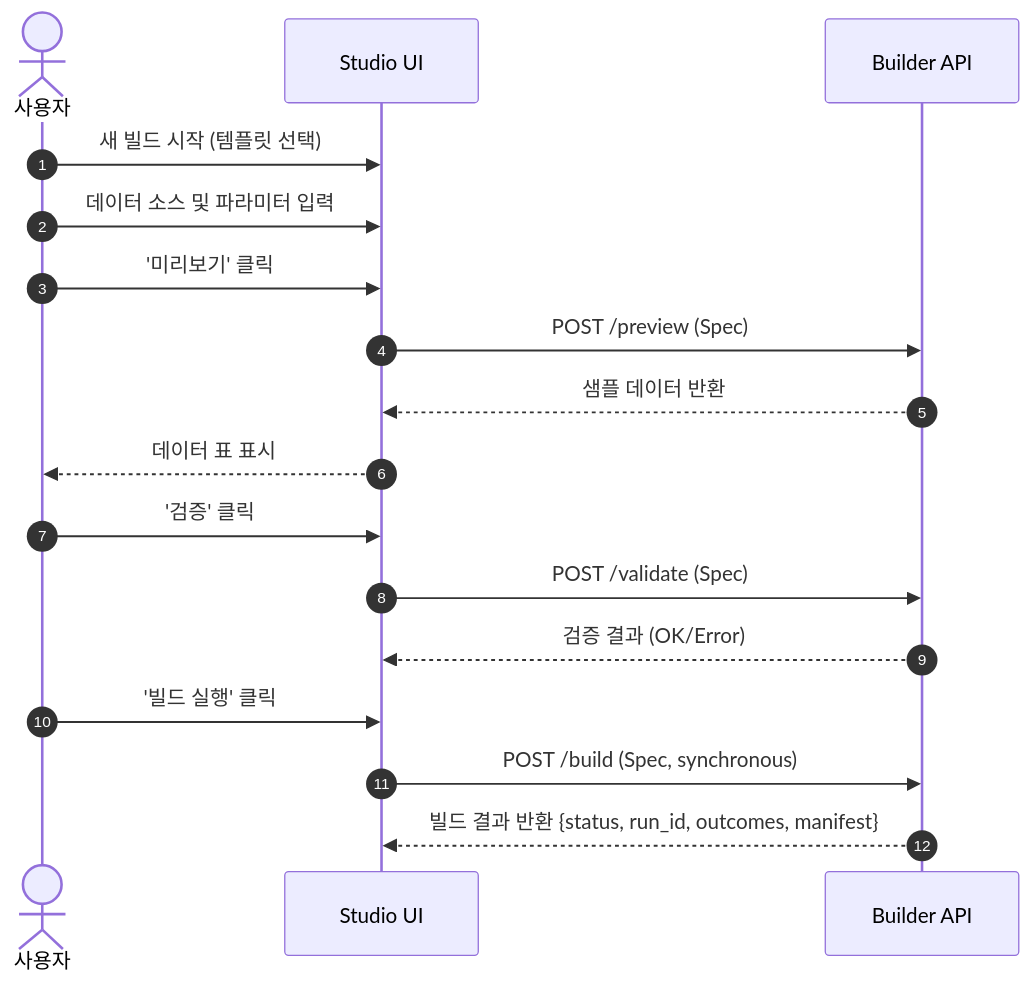
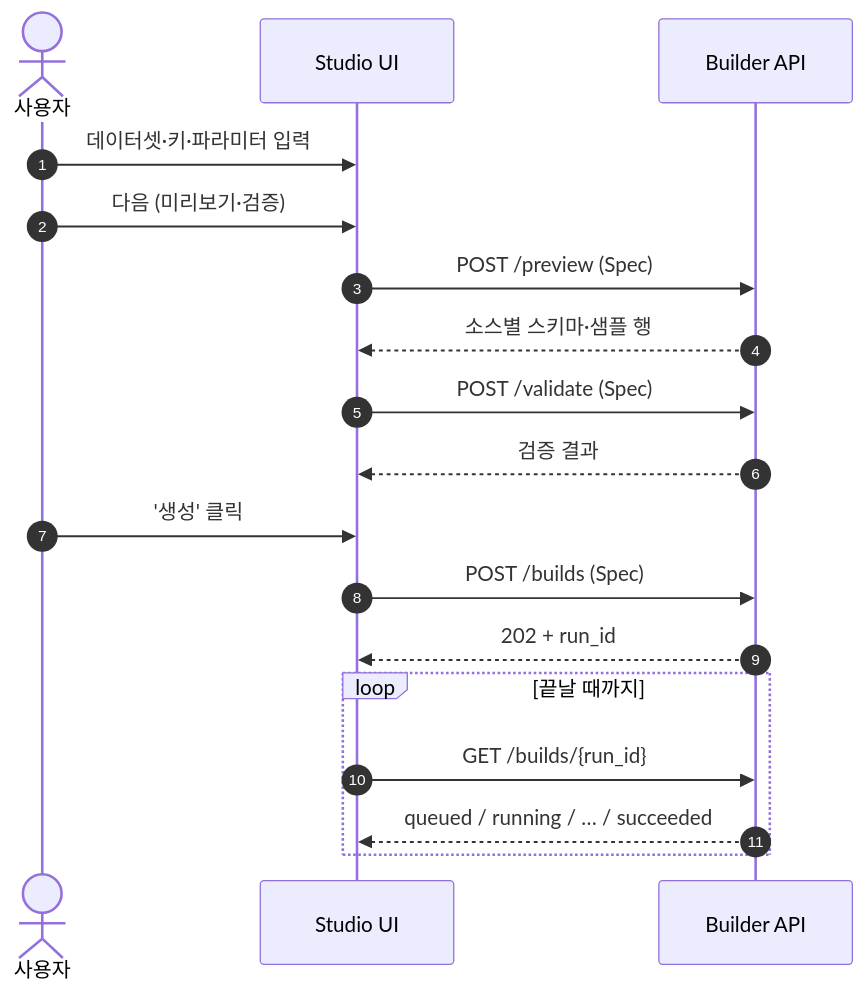
Before and after one commit to kpubdata-lab/kpubdata-studio: the first of 7 diagrams in USER_FLOWS.md, drawn with Mermaid. The commit also changed other lines of this file and 9 other files, not shown here.

````diff
--- a/USER_FLOWS.md
+++ b/USER_FLOWS.md
@@ -42,20 +36,21 @@
 ```mermaid
 sequenceDiagram
     autonumber
     actor User as 사용자
     participant Studio as Studio UI
     participant BAPI as Builder API
 
-    User->>Studio: 새 빌드 시작 (템플릿 선택)
-    User->>Studio: 데이터 소스 및 파라미터 입력
-    User->>Studio: '미리보기' 클릭
+    User->>Studio: 데이터셋·키·파라미터 입력
+    User->>Studio: 다음 (미리보기·검증)
     Studio->>BAPI: POST /preview (Spec)
-    BAPI-->>Studio: 샘플 데이터 반환
-    Studio-->>User: 데이터 표 표시
-    User->>Studio: '검증' 클릭
+    BAPI-->>Studio: 소스별 스키마·샘플 행
     Studio->>BAPI: POST /validate (Spec)
-    BAPI-->>Studio: 검증 결과 (OK/Error)
-    User->>Studio: '빌드 실행' 클릭
-    Studio->>BAPI: POST /build (Spec, synchronous)
-    BAPI-->>Studio: 빌드 결과 반환 {status, run_id, outcomes, manifest}
+    BAPI-->>Studio: 검증 결과
+    User->>Studio: '생성' 클릭
+    Studio->>BAPI: POST /builds (Spec)
+    BAPI-->>Studio: 202 + run_id
+    loop 끝날 때까지
+        Studio->>BAPI: GET /builds/{run_id}
+        BAPI-->>Studio: queued / running / … / succeeded
+    end
 ```
````
